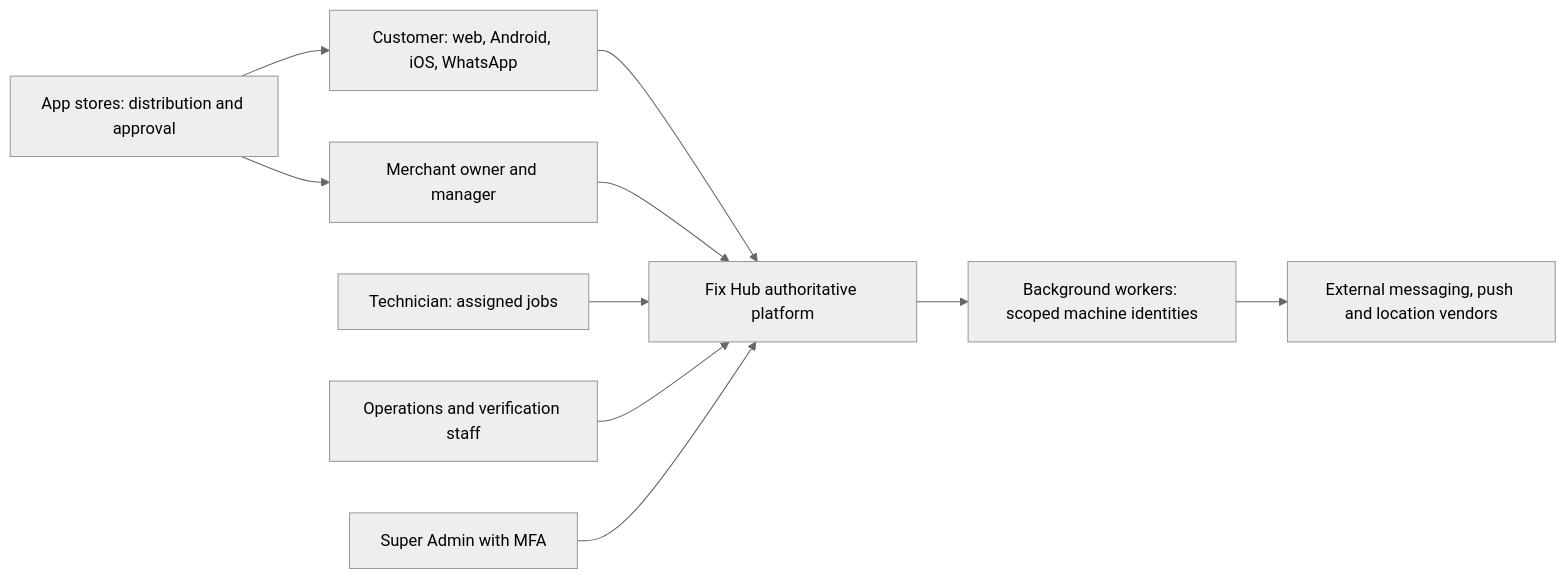
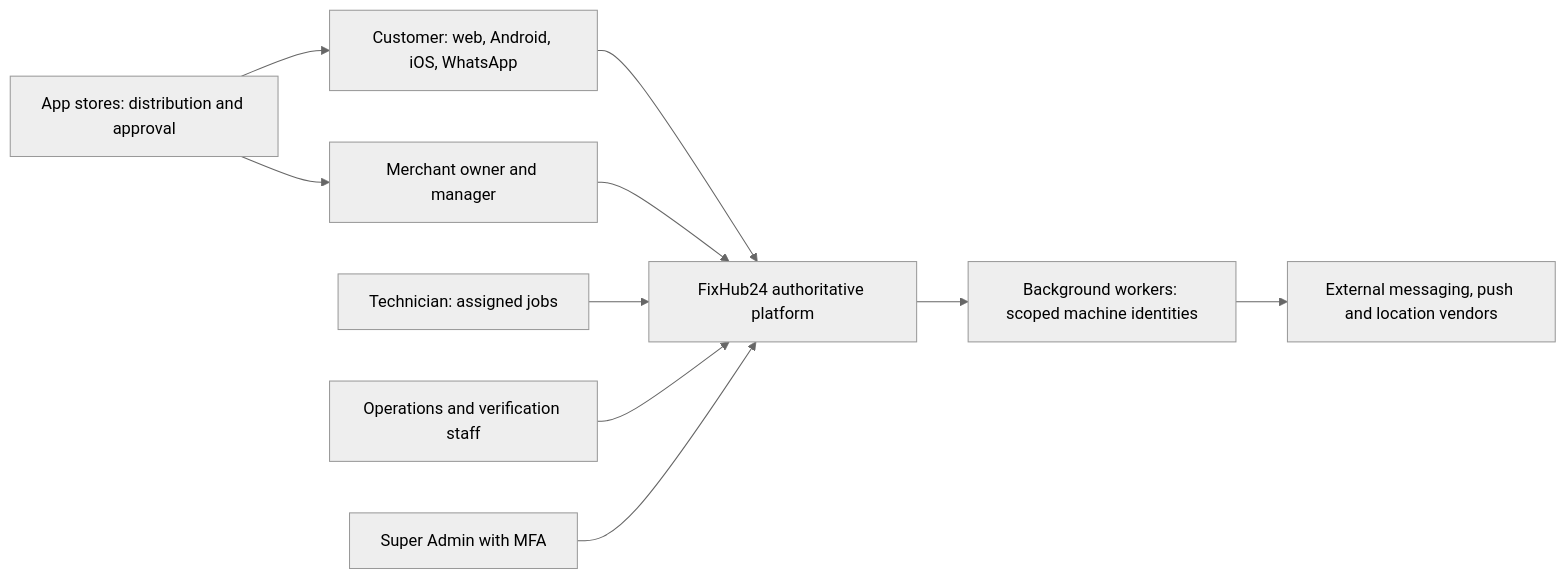
One commit to varunjakkampudi-tech/FixHub changed the diagram in docs/architecture/system-context.md. Above: the diagram before and after it, drawn with Mermaid (neutral theme). The commit also changed other lines of this file and 34 other files, not shown here.

````diff
--- a/docs/architecture/system-context.md
+++ b/docs/architecture/system-context.md
@@ -9,12 +9,12 @@
 ```mermaid
 flowchart LR
-  C["Customer: web, Android, iOS, WhatsApp"] --> F["Fix Hub authoritative platform"]
+  C["Customer: web, Android, iOS, WhatsApp"] --> F["FixHub24 authoritative platform"]
   M["Merchant owner and manager"] --> F
   T["Technician: assigned jobs"] --> F
   O["Operations and verification staff"] --> F
   A["Super Admin with MFA"] --> F
   F --> W["Background workers: scoped machine identities"]
   W --> V["External messaging, push and location vendors"]
   S["App stores: distribution and approval"] --> C
   S --> M
 ```
````
